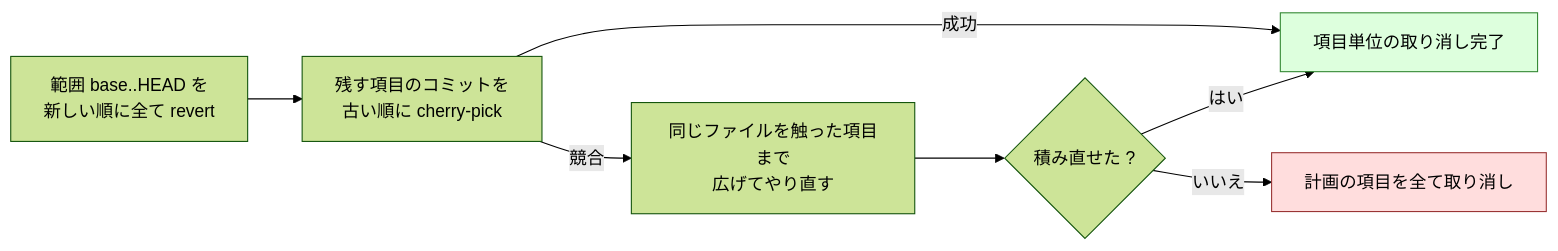
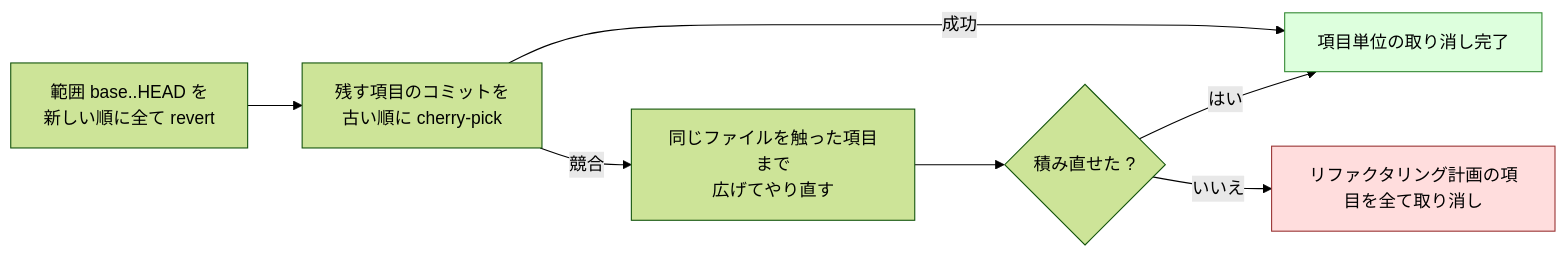
One commit to devbasex/ai-plugins changed the diagram in plugins/ndf/skills/cross-refactoring/docs/04-verify-and-report.md. Above: the diagram before and after it, drawn with Mermaid (forest theme). The commit also changed other lines of this file and 26 other files, not shown here.

````diff
--- a/plugins/ndf/skills/cross-refactoring/docs/04-verify-and-report.md
+++ b/plugins/ndf/skills/cross-refactoring/docs/04-verify-and-report.md
@@ -104,11 +112,11 @@
 ```mermaid
 flowchart LR
     A["範囲 base..HEAD を<br/>新しい順に全て revert"] --> B["残す項目のコミットを<br/>古い順に cherry-pick"]
     B -->|成功| C["項目単位の取り消し完了"]:::ok
     B -->|競合| D["同じファイルを触った項目まで<br/>広げてやり直す"] --> F{"積み直せた ?"}
     F -->|はい| C
-    F -->|いいえ| E["計画の項目を全て取り消し"]:::stop
+    F -->|いいえ| E["リファクタリング計画の項目を全て取り消し"]:::stop
 
     classDef ok fill:#dfd,stroke:#383
     classDef stop fill:#fdd,stroke:#933
 ```
````
